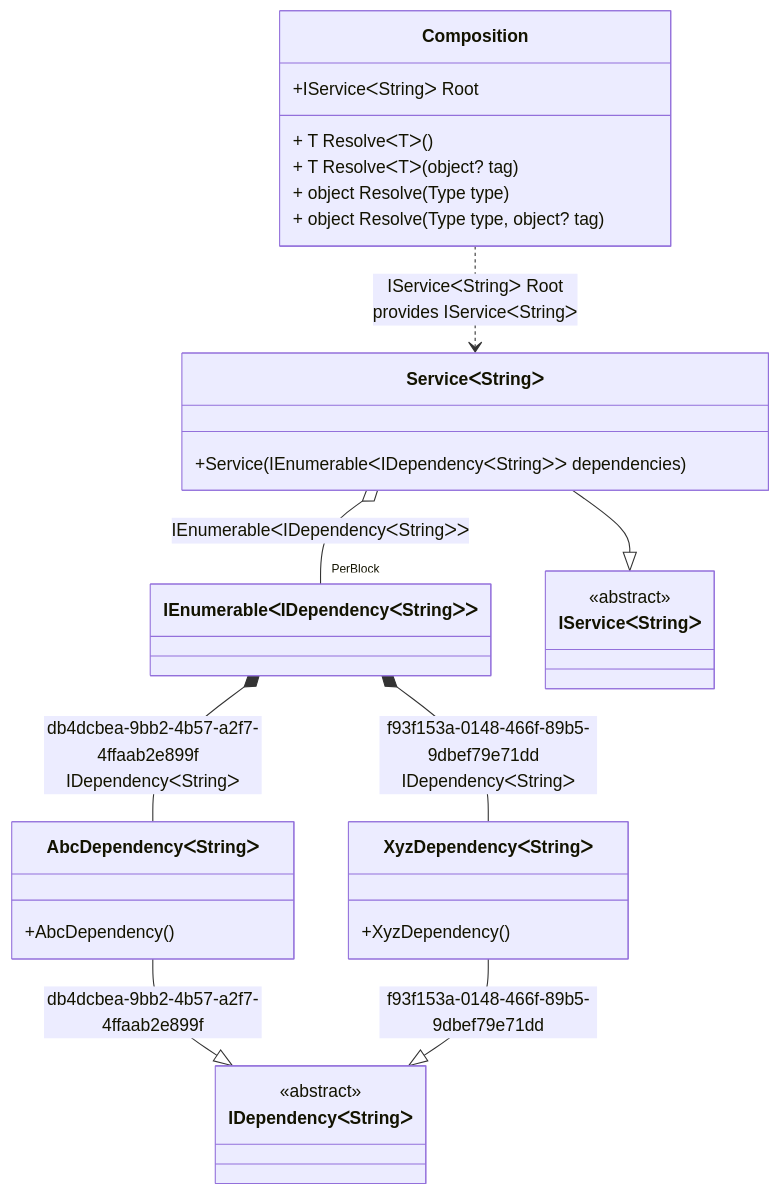
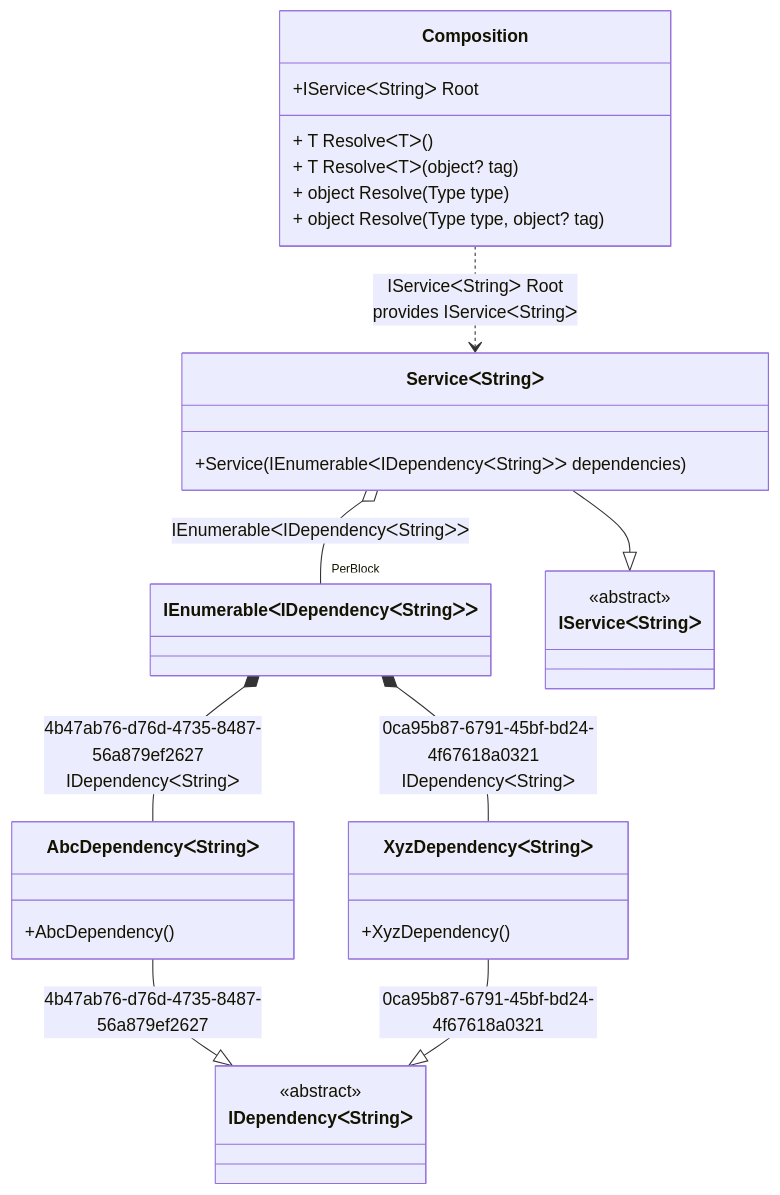
The diagram in readme/tag-unique.md (DevTeam/Pure.DI), drawn with Mermaid before and after one commit. The commit also changed other lines of this file and 14 other files, not shown here.

````diff
--- a/readme/tag-unique.md
+++ b/readme/tag-unique.md
@@ -39,33 +39,33 @@
 ```mermaid
 classDiagram
   class Composition {
     +IServiceᐸStringᐳ Root
     + T ResolveᐸTᐳ()
     + T ResolveᐸTᐳ(object? tag)
     + object Resolve(Type type)
     + object Resolve(Type type, object? tag)
   }
   class IEnumerableᐸIDependencyᐸStringᐳᐳ
-  AbcDependencyᐸStringᐳ --|> IDependencyᐸStringᐳ : db4dcbea-9bb2-4b57-a2f7-4ffaab2e899f 
+  AbcDependencyᐸStringᐳ --|> IDependencyᐸStringᐳ : 4b47ab76-d76d-4735-8487-56a879ef2627 
   class AbcDependencyᐸStringᐳ {
     +AbcDependency()
   }
-  XyzDependencyᐸStringᐳ --|> IDependencyᐸStringᐳ : f93f153a-0148-466f-89b5-9dbef79e71dd 
+  XyzDependencyᐸStringᐳ --|> IDependencyᐸStringᐳ : 0ca95b87-6791-45bf-bd24-4f67618a0321 
   class XyzDependencyᐸStringᐳ {
     +XyzDependency()
   }
   ServiceᐸStringᐳ --|> IServiceᐸStringᐳ : 
   class ServiceᐸStringᐳ {
     +Service(IEnumerableᐸIDependencyᐸStringᐳᐳ dependencies)
   }
   class IDependencyᐸStringᐳ {
     <<abstract>>
   }
   class IServiceᐸStringᐳ {
     <<abstract>>
   }
-  IEnumerableᐸIDependencyᐸStringᐳᐳ *--  AbcDependencyᐸStringᐳ : db4dcbea-9bb2-4b57-a2f7-4ffaab2e899f  IDependencyᐸStringᐳ
-  IEnumerableᐸIDependencyᐸStringᐳᐳ *--  XyzDependencyᐸStringᐳ : f93f153a-0148-466f-89b5-9dbef79e71dd  IDependencyᐸStringᐳ
+  IEnumerableᐸIDependencyᐸStringᐳᐳ *--  AbcDependencyᐸStringᐳ : 4b47ab76-d76d-4735-8487-56a879ef2627  IDependencyᐸStringᐳ
+  IEnumerableᐸIDependencyᐸStringᐳᐳ *--  XyzDependencyᐸStringᐳ : 0ca95b87-6791-45bf-bd24-4f67618a0321  IDependencyᐸStringᐳ
   Composition ..> ServiceᐸStringᐳ : IServiceᐸStringᐳ Root<br/>provides IServiceᐸStringᐳ
   ServiceᐸStringᐳ o--  "PerBlock" IEnumerableᐸIDependencyᐸStringᐳᐳ : IEnumerableᐸIDependencyᐸStringᐳᐳ
 ```
````
